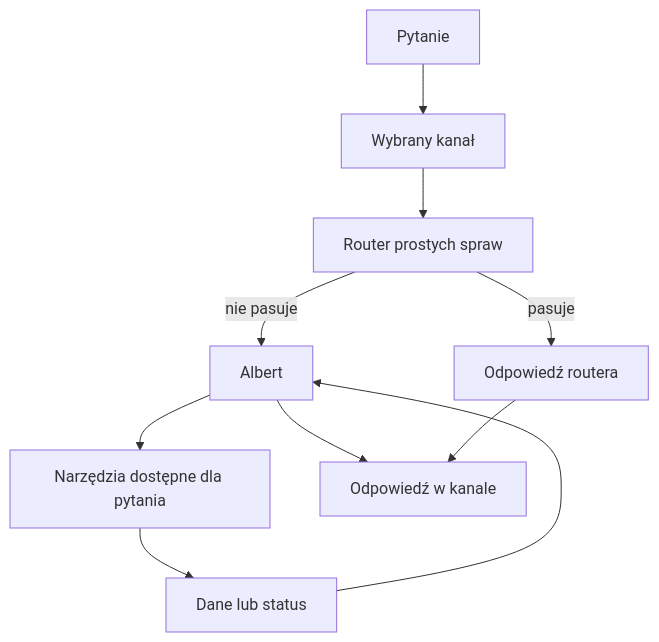
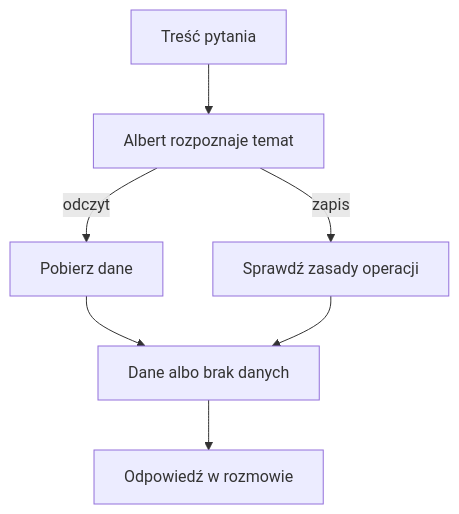
Before and after one commit to QbotMS/QbotQ: the diagram in docs/wiki/albert/narzedzia.md, drawn with Mermaid. The commit also changed other lines of this file and 153 other files, not shown here.

````diff
--- a/docs/wiki/albert/narzedzia.md
+++ b/docs/wiki/albert/narzedzia.md
@@ -38,12 +38,9 @@
 ```mermaid
 flowchart TD
- Pytanie[Pytanie] --> Kanal[Wybrany kanał]
- Kanal --> Router[Router prostych spraw]
- Router -->|pasuje| Prosta[Odpowiedź routera]
- Router -->|nie pasuje| Albert[Albert]
- Albert --> Narzedzia[Narzędzia dostępne dla pytania]
- Narzedzia --> Wynik[Dane lub status]
- Wynik --> Albert
- Albert --> Odpowiedz[Odpowiedź w kanale]
- Prosta --> Odpowiedz
+ Tresc[Treść pytania] --> Temat[Albert rozpoznaje temat]
+ Temat -->|odczyt| Pobierz[Pobierz dane]
+ Temat -->|zapis| Zabezpieczenia[Sprawdź zasady operacji]
+ Pobierz --> Wynik[Dane albo brak danych]
+ Zabezpieczenia --> Wynik
+ Wynik --> Odpowiedz[Odpowiedź w rozmowie]
 ```
````
